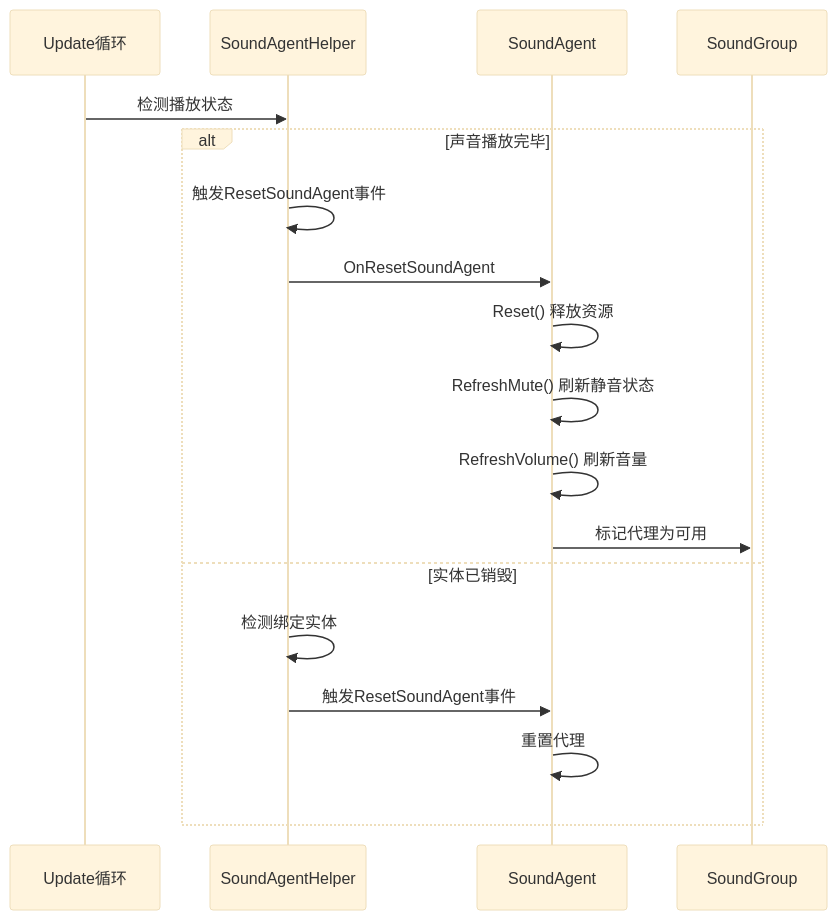
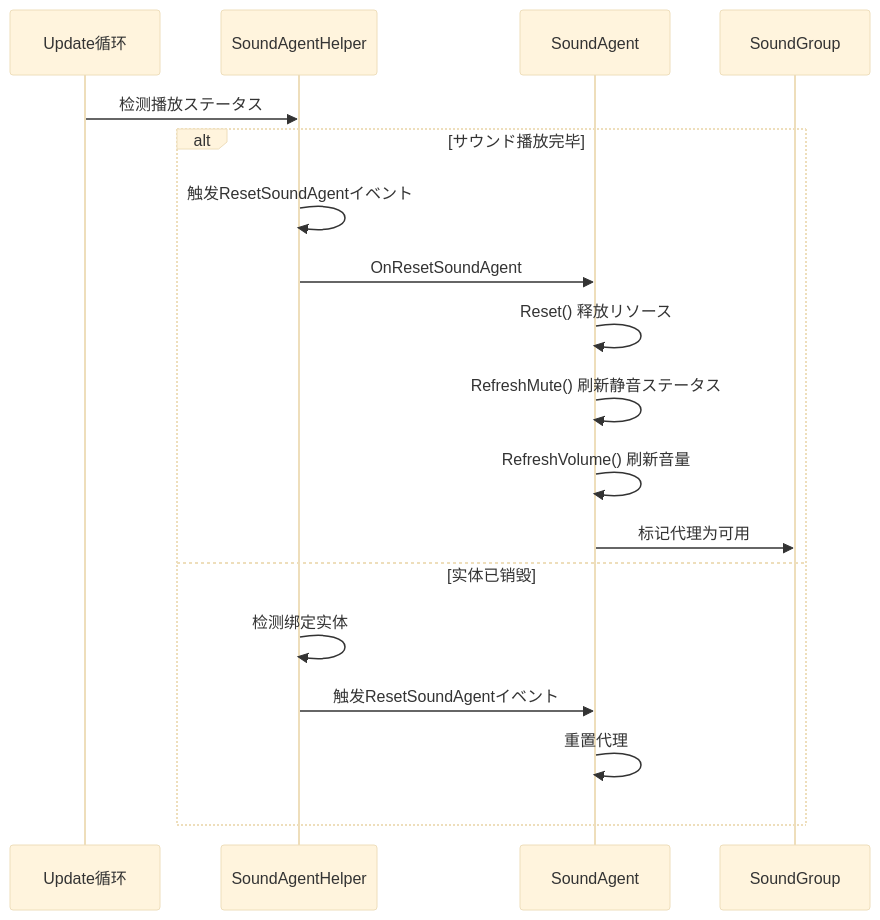
Before and after one commit to AlianBlank/GameFrameX.Docs: the fourth of 4 diagrams in docs/ja/client/unity/component/sound/07.sound-agent.md, drawn with Mermaid (base theme). The commit also changed other lines of this file and 603 other files, not shown here.

````diff
--- a/docs/ja/client/unity/component/sound/07.sound-agent.md
+++ b/docs/ja/client/unity/component/sound/07.sound-agent.md
@@ -281,21 +281,21 @@
 ```mermaid
 sequenceDiagram
     participant Update as Update循环
     participant SAH as SoundAgentHelper
     participant SA as SoundAgent
     participant SG as SoundGroup
 
-    Update->>SAH: 检测播放状态
-    alt 声音播放完毕
-        SAH->>SAH: 触发ResetSoundAgent事件
+    Update->>SAH: 检测播放ステータス
+    alt サウンド播放完毕
+        SAH->>SAH: 触发ResetSoundAgentイベント
         SAH->>SA: OnResetSoundAgent
-        SA->>SA: Reset() 释放资源
-        SA->>SA: RefreshMute() 刷新静音状态
+        SA->>SA: Reset() 释放リソース
+        SA->>SA: RefreshMute() 刷新静音ステータス
         SA->>SA: RefreshVolume() 刷新音量
         SA->>SG: 标记代理为可用
     else 实体已销毁
         SAH->>SAH: 检测绑定实体
-        SAH->>SA: 触发ResetSoundAgent事件
+        SAH->>SA: 触发ResetSoundAgentイベント
         SA->>SA: 重置代理
     end
 ```
````
